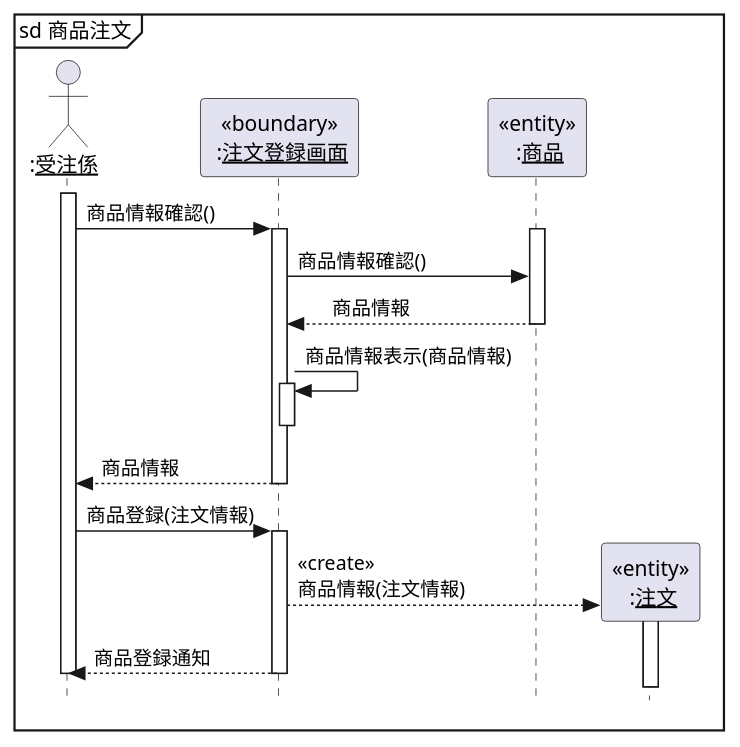
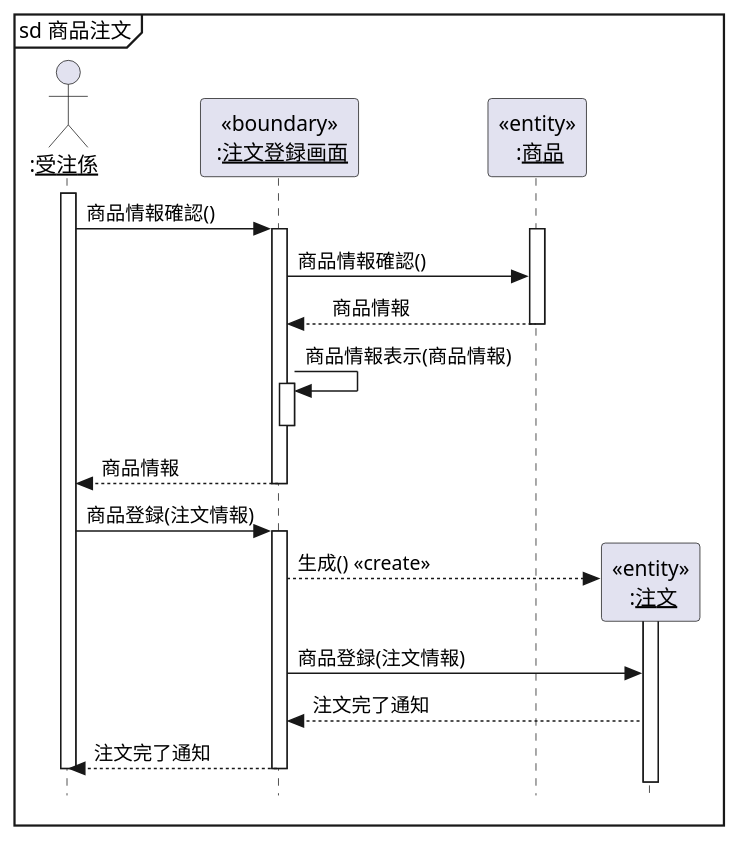
One commit to chibachibaibu2003/laughing-carnival changed the diagram in 4/演習4-4_SD_商品注文.pu. Above: the diagram before and after it, drawn with PlantUML.

Commit message:
演習4-4　修正

```diff
--- a/4/演習4-4_SD_商品注文.pu
+++ b/4/演習4-4_SD_商品注文.pu
@@ -1,33 +1,35 @@
 @startuml 演習4-4
     hide footbox
     skinparam style strictuml
     actor ":<u>受注係</u>" as person
     participant "<<boundary>>\n :<u>注文登録画面</u>" as boundary
     participant "<<entity>>\n :<U>商品</u>" as product
 
     mainframe sd 商品注文
         activate person
             person->boundary: 商品情報確認() 
             activate product
                 
                 activate boundary
                     boundary->product: 商品情報確認()
                     boundary<--product:　商品情報
             deactivate product
                     boundary->boundary: 商品情報表示(商品情報)
                     activate boundary
                     deactivate boundary
                     person<--boundary: 商品情報 
                 deactivate boundary
             
             person->boundary: 商品登録(注文情報)
             activate boundary
                 create "<<entity>>\n :<u>注文</u>" as order
-                boundary-->order: <<create>>\n商品情報(注文情報)
+                boundary-->order: 生成() <<create>>
                 activate order
                 deactivate order
-                person<--boundary: 商品登録通知
+                boundary->order: 商品登録(注文情報)
+                boundary<--order: 注文完了通知
+                person<--boundary: 注文完了通知
             deactivate boundary            
             
         deactivate person
 @enduml
```
